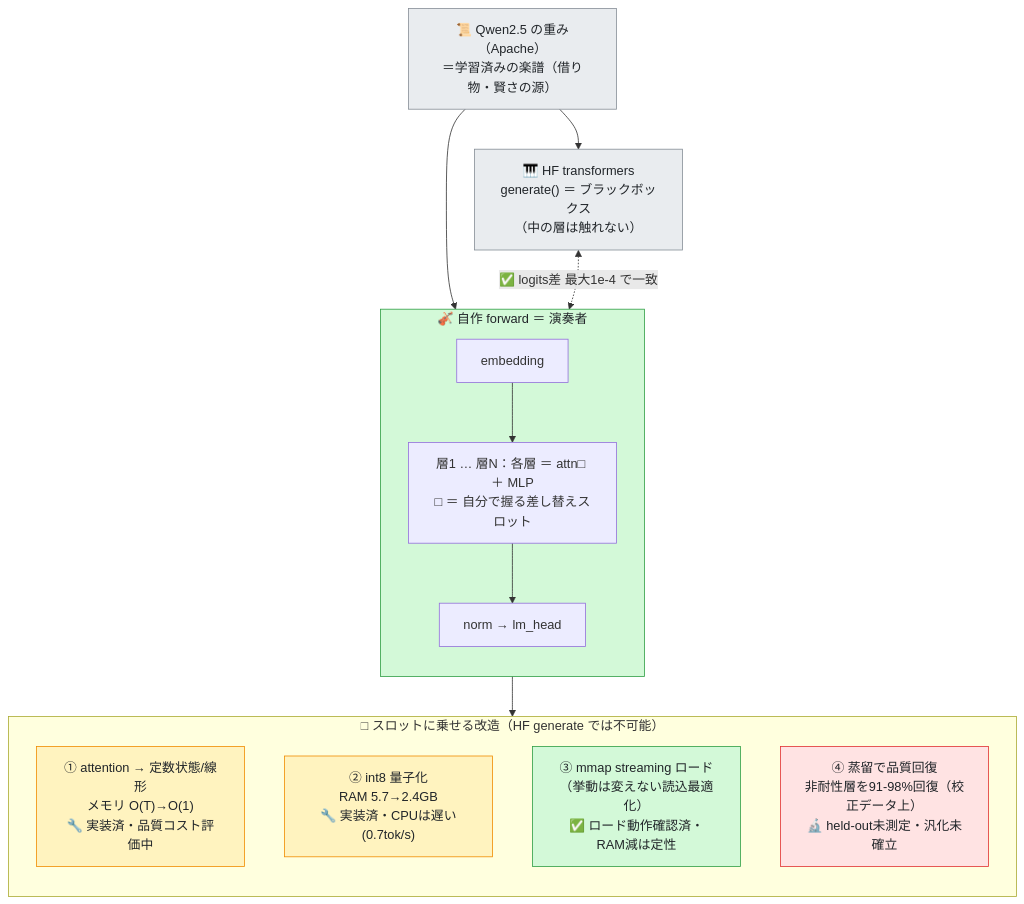
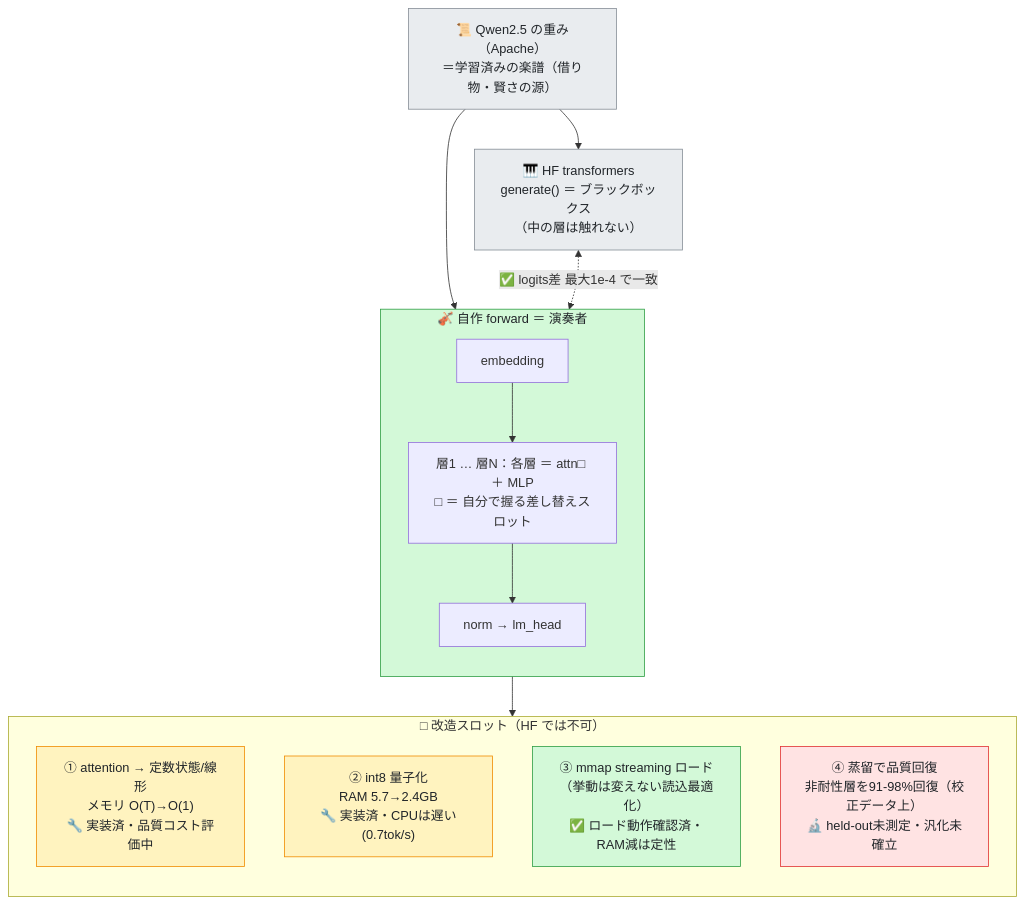
Before and after one commit to furuse-kazufumi/fullsense: the diagram in docs/articles/drafts/QIITA_#43_honest_proxy_ja.md, drawn with Mermaid.

Commit message:
docs(article#43): mermaid サブグラフ見出し(NAT/MOD)を短縮し折返し重なり解消・公開記事へPATCH反映

````diff
--- a/docs/articles/drafts/QIITA_#43_honest_proxy_ja.md
+++ b/docs/articles/drafts/QIITA_#43_honest_proxy_ja.md
@@ -467,28 +467,28 @@
 ```mermaid
 flowchart TB
     W["📜 Qwen2.5 の重み（Apache）<br/>＝学習済みの楽譜（借り物・賢さの源）"]
     W --> HF
     W --> NAT
     HF["🎹 HF transformers<br/>generate() ＝ ブラックボックス<br/>（中の層は触れない）"]
     subgraph NAT["🎻 自作 forward ＝ 演奏者"]
         direction TB
         E["embedding"] --> LY["層1 … 層N：各層 ＝ attn□ ＋ MLP<br/>□ ＝ 自分で握る差し替えスロット"] --> O["norm → lm_head"]
     end
     HF <-.->|"✅ logits差 最大1e-4 で一致"| NAT
     NAT --> MOD
-    subgraph MOD["□ スロットに乗せる改造（HF generate では不可能）"]
+    subgraph MOD["□ 改造スロット（HF では不可）"]
         direction TB
         M1["① attention → 定数状態/線形<br/>メモリ O(T)→O(1)<br/>🔧 実装済・品質コスト評価中"]
         M2["② int8 量子化<br/>RAM 5.7→2.4GB<br/>🔧 実装済・CPUは遅い(0.7tok/s)"]
         M3["③ mmap streaming ロード<br/>（挙動は変えない読込最適化）<br/>✅ ロード動作確認済・RAM減は定性"]
         M4["④ 蒸留で品質回復<br/>非耐性層を91-98%回復（校正データ上）<br/>🔬 held-out未測定・汎化未確立"]
     end
     classDef borrowed fill:#e9ecef,stroke:#868e96,color:#212529
     classDef done fill:#d3f9d8,stroke:#2f9e44,color:#212529
     classDef wip fill:#fff3bf,stroke:#f08c00,color:#212529
     classDef research fill:#ffe3e3,stroke:#e03131,color:#212529
     class W,HF borrowed
     class NAT,M3 done
     class M1,M2 wip
     class M4 research
 ```
````
